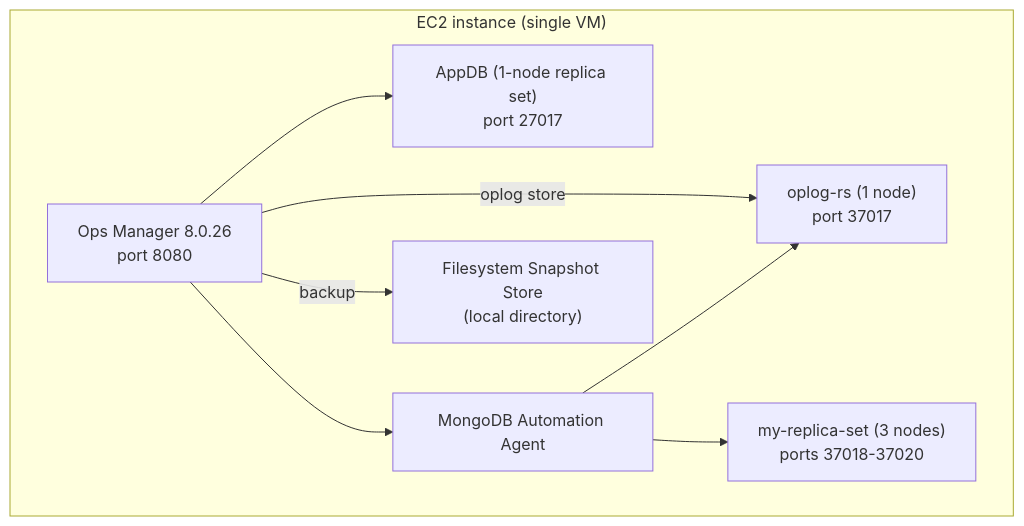
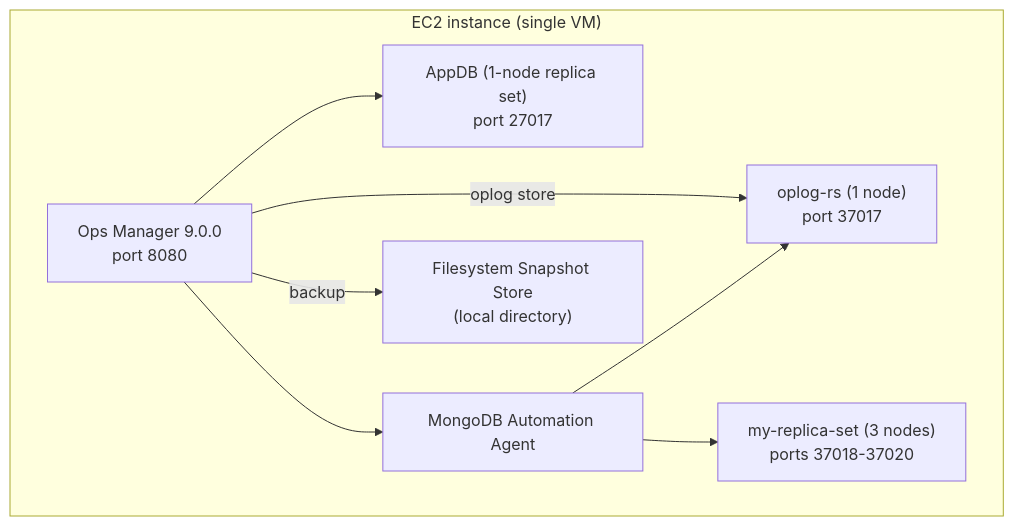
The diagram in README.md (vijaygh-repo/native-ops-manager-lab), drawn with Mermaid before and after one commit. The commit also changed other lines of this file and 1 other file, not shown here.

Commit message:
Automate filesystem backup setup and latest Ops Manager install

````diff
--- a/README.md
+++ b/README.md
@@ -15,17 +15,17 @@
 ```mermaid
 flowchart TB
     subgraph EC2["EC2 instance (single VM)"]
         APPDB["AppDB (1-node replica set)\nport 27017"]
-        OM["Ops Manager 8.0.26\nport 8080"]
+        OM["Ops Manager 9.0.0\nport 8080"]
         AGENT["MongoDB Automation Agent"]
         OPLOG["oplog-rs (1 node)\nport 37017"]
         RS["my-replica-set (3 nodes)\nports 37018-37020"]
         FS["Filesystem Snapshot Store\n(local directory)"]
     end
     OM --> APPDB
     OM --> AGENT
     AGENT --> OPLOG
     AGENT --> RS
     OM -- backup --> FS
     OM -- oplog store --> OPLOG
 ```
````
